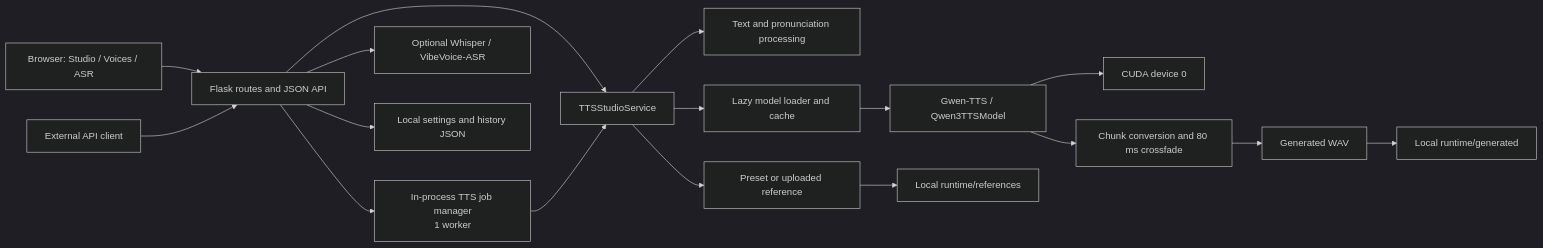
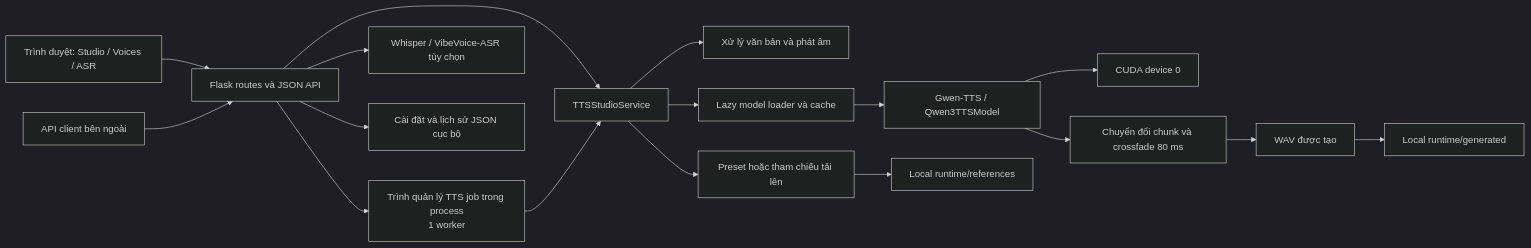
One commit to sin0235/vietnamese-tts-studio changed the first of 2 diagrams in README.md. Above: the diagram before and after it, drawn with Mermaid (dark theme). The commit also changed other lines of this file and 1 other file, not shown here.

````diff
--- a/README.md
+++ b/README.md
@@ -45,22 +49,22 @@
 ```mermaid
 flowchart LR
-    Browser[Browser: Studio / Voices / ASR] --> Flask[Flask routes and JSON API]
-    API[External API client] --> Flask
+    Browser[Trình duyệt: Studio / Voices / ASR] --> Flask[Flask routes và JSON API]
+    API[API client bên ngoài] --> Flask
 
-    Flask --> Jobs[In-process TTS job manager<br/>1 worker]
+    Flask --> Jobs[Trình quản lý TTS job trong process<br/>1 worker]
     Flask --> Service[TTSStudioService]
     Jobs --> Service
 
-    Service --> Text[Text and pronunciation processing]
-    Service --> Voice[Preset or uploaded reference]
-    Service --> Loader[Lazy model loader and cache]
+    Service --> Text[Xử lý văn bản và phát âm]
+    Service --> Voice[Preset hoặc tham chiếu tải lên]
+    Service --> Loader[Lazy model loader và cache]
     Loader --> Gwen[Gwen-TTS / Qwen3TTSModel]
     Gwen --> CUDA[CUDA device 0]
-    Gwen --> Audio[Chunk conversion and 80 ms crossfade]
-    Audio --> WAV[Generated WAV]
+    Gwen --> Audio[Chuyển đổi chunk và crossfade 80 ms]
+    Audio --> WAV[WAV được tạo]
 
-    Flask --> ASR[Optional Whisper / VibeVoice-ASR]
-    Flask --> JSON[Local settings and history JSON]
+    Flask --> ASR[Whisper / VibeVoice-ASR tùy chọn]
+    Flask --> JSON[Cài đặt và lịch sử JSON cục bộ]
     Voice --> Runtime[Local runtime/references]
     WAV --> Generated[Local runtime/generated]
 ```
````
